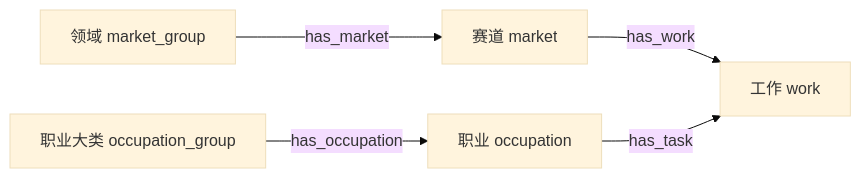
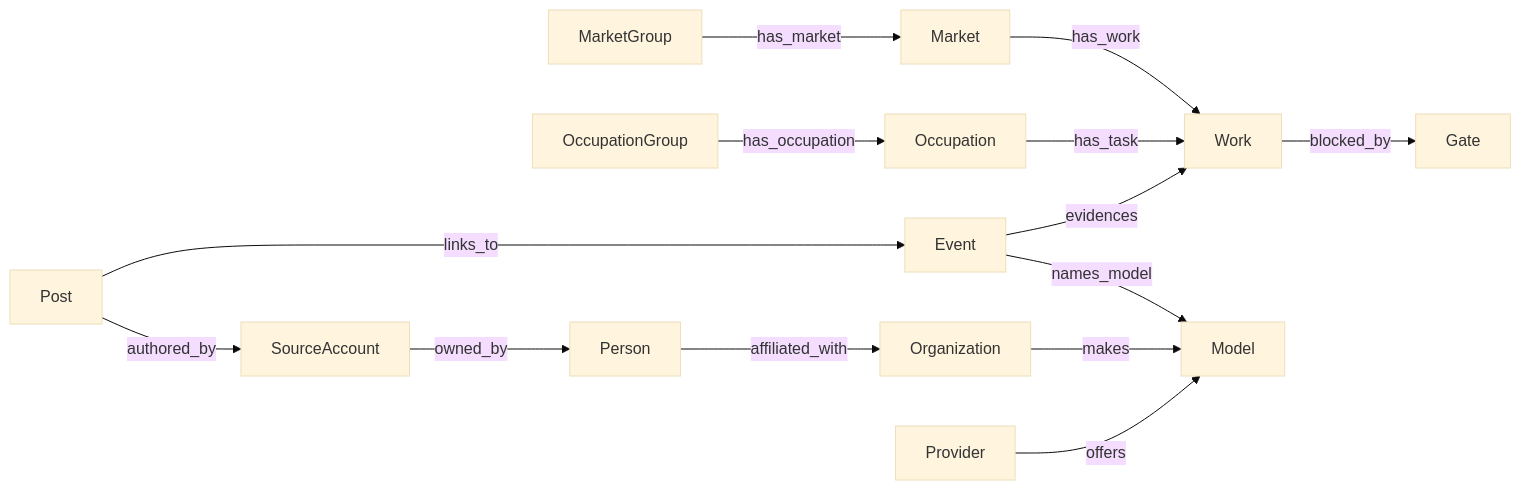
Before and after one commit to feyn-machines/openaiwill: the diagram in datasets/ontology/README.md, drawn with Mermaid (base theme). The commit also changed other lines of this file and 85 other files, not shown here.

First line of the commit message:
Merge the type definitions into one ontology schema

````diff
--- a/datasets/ontology/README.md
+++ b/datasets/ontology/README.md
@@ -18,7 +32,16 @@
 ```mermaid
 flowchart LR
-  MG[领域 market_group] -->|has_market| M[赛道 market]
-  M -->|has_work| W[工作 work]
-  OG[职业大类 occupation_group] -->|has_occupation| O[职业 occupation]
+  MG[MarketGroup] -->|has_market| M[Market]
+  M -->|has_work| W[Work]
+  OG[OccupationGroup] -->|has_occupation| O[Occupation]
   O -->|has_task| W
+  W -->|blocked_by| G[Gate]
+  E[Event] -->|evidences| W
+  E -->|names_model| MD[Model]
+  ORG[Organization] -->|makes| MD
+  PV[Provider] -->|offers| MD
+  P[Post] -->|links_to| E
+  P -->|authored_by| A[SourceAccount]
+  A -->|owned_by| PE[Person]
+  PE -->|affiliated_with| ORG
 ```
````
